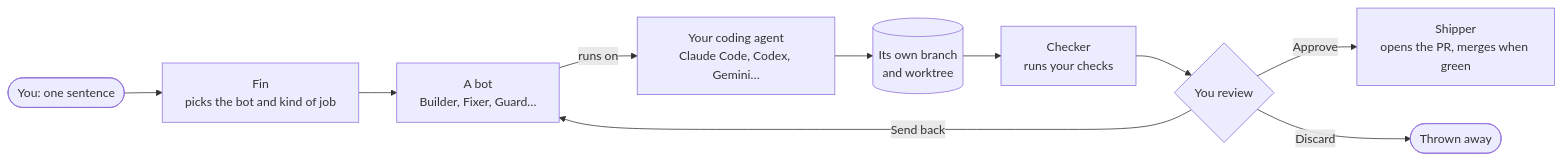
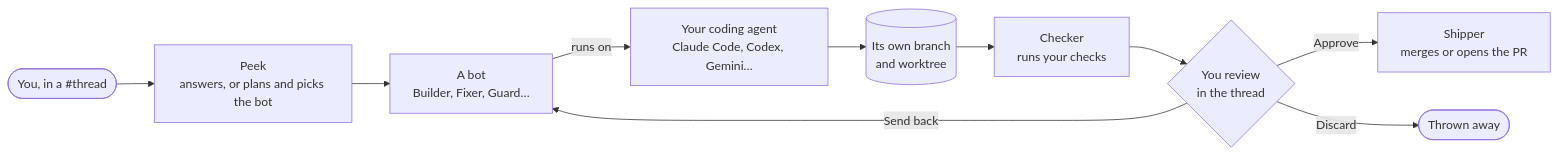
One commit to cosmospan/runo changed the diagram in README.md. Above: the diagram before and after it, drawn with Mermaid. The commit also changed other lines of this file and 23 other files, not shown here.

````diff
--- a/README.md
+++ b/README.md
@@ -57,12 +67,12 @@
 ```mermaid
 flowchart LR
-    You(["You: one sentence"]) --> Fin["Fin<br/>picks the bot and kind of job"]
-    Fin --> Bot["A bot<br/>Builder, Fixer, Guard…"]
+    You(["You, in a #thread"]) --> Peek["Peek<br/>answers, or plans and picks the bot"]
+    Peek --> Bot["A bot<br/>Builder, Fixer, Guard…"]
     Bot -- "runs on" --> Engine["Your coding agent<br/>Claude Code, Codex, Gemini…"]
     Engine --> WT[("Its own branch<br/>and worktree")]
     WT --> Checker["Checker<br/>runs your checks"]
-    Checker --> Review{"You review"}
-    Review -- "Approve" --> Shipper["Shipper<br/>opens the PR, merges when green"]
+    Checker --> Review{"You review<br/>in the thread"}
+    Review -- "Approve" --> Shipper["Shipper<br/>merges or opens the PR"]
     Review -- "Send back" --> Bot
     Review -- "Discard" --> Gone(["Thrown away"])
 ```
````
